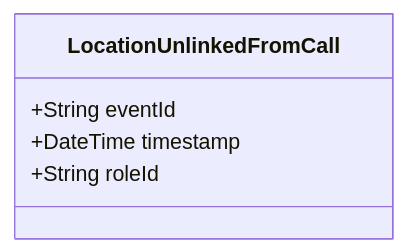
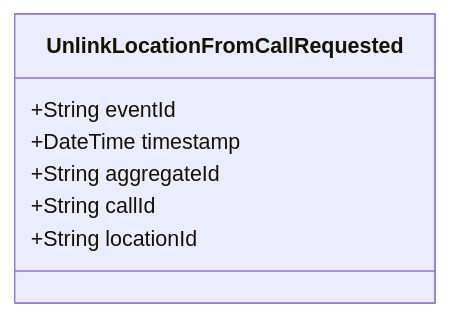
Before and after one commit to pgraff/police-system: the diagram in doc/events/LocationUnlinkedFromCall.md, drawn with Mermaid. The commit also changed other lines of this file and 58 other files, not shown here.

````diff
--- a/doc/events/LocationUnlinkedFromCall.md
+++ b/doc/events/LocationUnlinkedFromCall.md
@@ -9,8 +9,10 @@
 ```mermaid
 classDiagram
-    class LocationUnlinkedFromCall {
+    class UnlinkLocationFromCallRequested {
         +String eventId
         +DateTime timestamp
-        +String roleId
+        +String aggregateId
+        +String callId
+        +String locationId
     }
 ```
````
